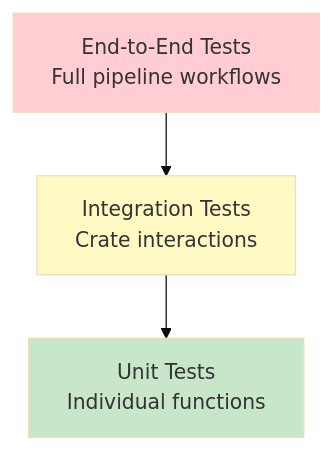
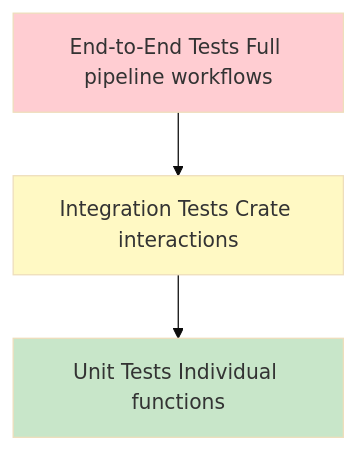
The diagram in wiki/Testing.md (softwarewrighter/scan3data), drawn with Mermaid (base theme) before and after one commit. The commit also changed 6 other files, not shown here.

First line of the commit message:
Fix wiki Mermaid diagrams: remove <br/> tags

````diff
--- a/wiki/Testing.md
+++ b/wiki/Testing.md
@@ -9,13 +9,13 @@
 ```mermaid
 graph TB
-    E2E[End-to-End Tests<br/>Full pipeline workflows]
-    INT[Integration Tests<br/>Crate interactions]
-    UNIT[Unit Tests<br/>Individual functions]
+    E2E[End-to-End Tests Full pipeline workflows]
+    INT[Integration Tests Crate interactions]
+    UNIT[Unit Tests Individual functions]
 
     E2E --> INT
     INT --> UNIT
 
     style E2E fill:#ffcdd2
     style INT fill:#fff9c4
     style UNIT fill:#c8e6c9
 ```
````
